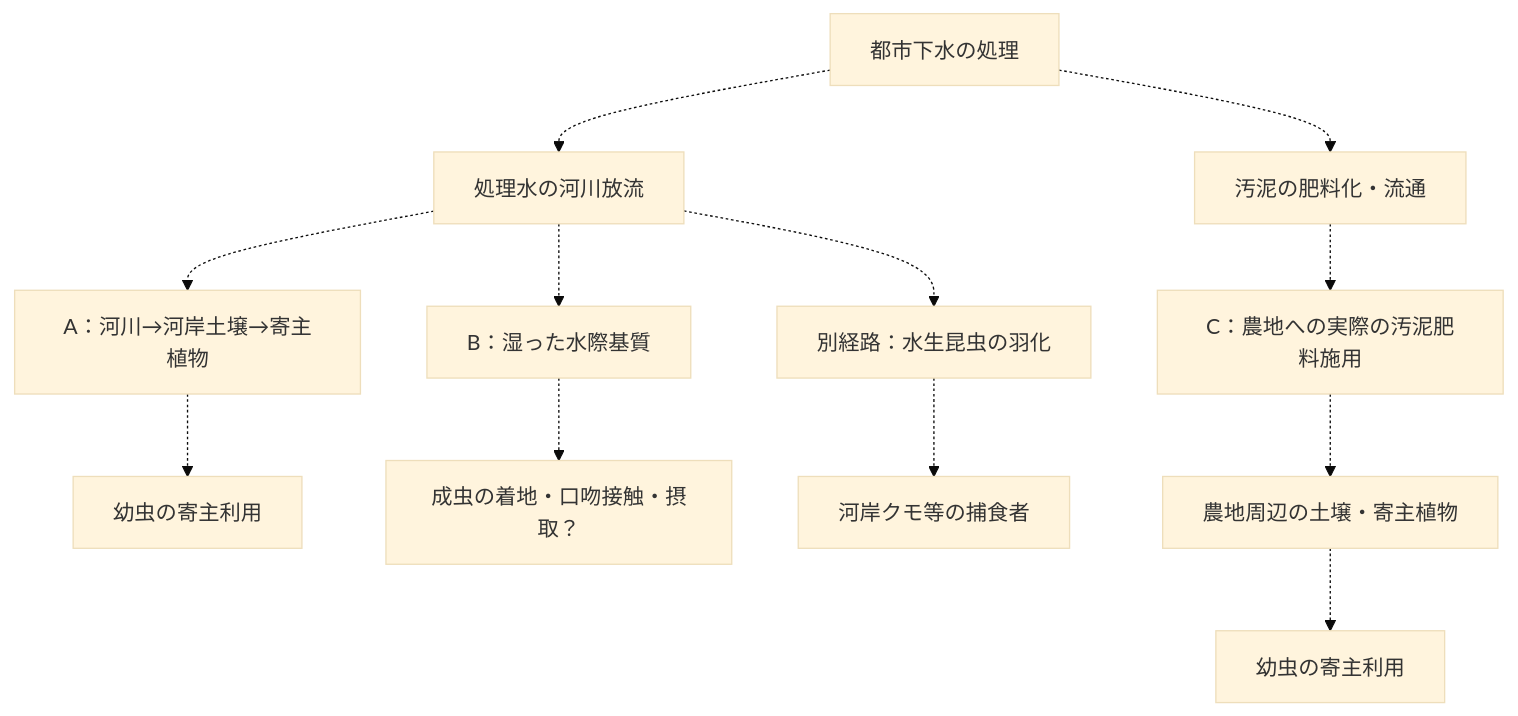
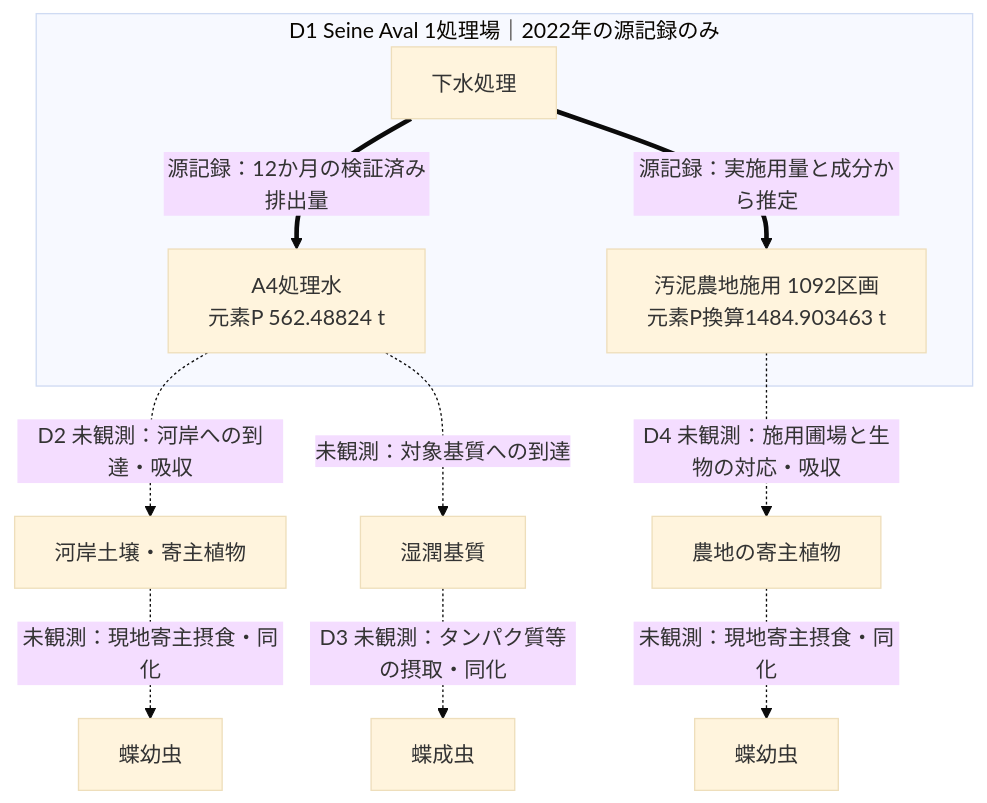
The fourth of 4 diagrams in docs/manuscript_riparian_interactions/README.md (zuizui0223/gesui), drawn with Mermaid (base theme) before and after one commit. The commit also changed other lines of this file and 4 other files, not shown here.

````diff
--- a/docs/manuscript_riparian_interactions/README.md
+++ b/docs/manuscript_riparian_interactions/README.md
@@ -72,14 +79,13 @@
 ```mermaid
 flowchart TB
-  S["都市下水の処理"] -.-> W["処理水の河川放流"]
-  S -.-> SL["汚泥の肥料化・流通"]
-  W -.-> A["A：河川→河岸土壌→寄主植物"]
-  A -.-> LA["幼虫の寄主利用"]
-  W -.-> B["B：湿った水際基質"]
-  B -.-> AD["成虫の着地・口吻接触・摂取？"]
-  SL -.-> C["C：農地への実際の汚泥肥料施用"]
-  C -.-> PC["農地周辺の土壌・寄主植物"]
-  PC -.-> LC["幼虫の寄主利用"]
-  W -.-> EM["別経路：水生昆虫の羽化"]
-  EM -.-> SP["河岸クモ等の捕食者"]
+  subgraph SOURCE["D1 Seine Aval 1処理場｜2022年の源記録のみ"]
+    S["下水処理"] ==>|"源記録：12か月の検証済み排出量"| A4["A4処理水<br/>元素P 562.48824 t"]
+    S ==>|"源記録：実施用量と成分から推定"| SL["汚泥農地施用 1092区画<br/>元素P換算1484.903463 t"]
+  end
+  A4 -.->|"D2 未観測：河岸への到達・吸収"| HOST["河岸土壌・寄主植物"]
+  HOST -.->|"未観測：現地寄主摂食・同化"| LARV["蝶幼虫"]
+  A4 -.->|"未観測：対象基質への到達"| SUB["湿潤基質"]
+  SUB -.->|"D3 未観測：タンパク質等の摂取・同化"| AD["蝶成虫"]
+  SL -.->|"D4 未観測：施用圃場と生物の対応・吸収"| FIELD["農地の寄主植物"]
+  FIELD -.->|"未観測：現地寄主摂食・同化"| LARV2["蝶幼虫"]
 ```
````
